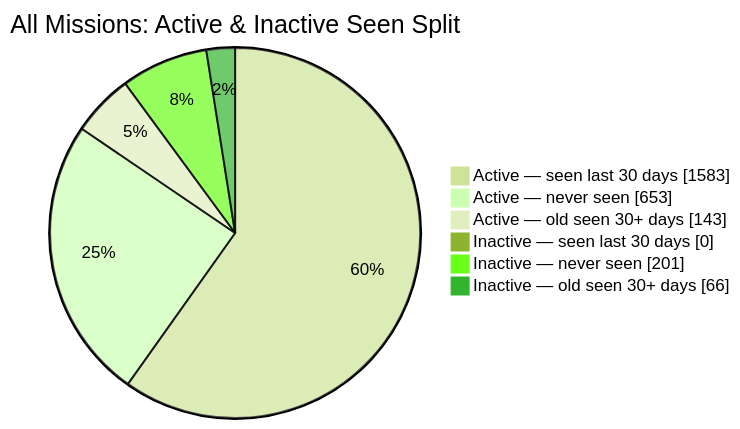
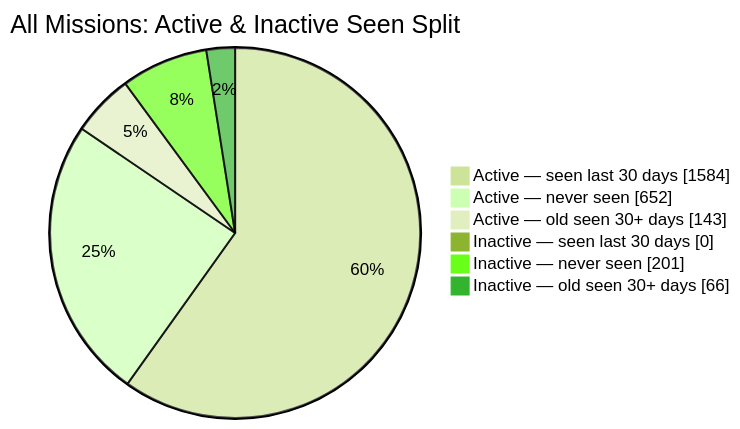
Before and after one commit to MeldkamerspelGameTeam/active-missions: the second of 2 diagrams in README.md, drawn with Mermaid (forest theme). The commit also changed other lines of this file and 2 other files, not shown here.

````diff
--- a/README.md
+++ b/README.md
@@ -44,10 +44,10 @@
 ```mermaid
 pie showData
     title All Missions: Active & Inactive Seen Split
-    "Active — seen last 30 days" : 1583
-    "Active — never seen" : 653
+    "Active — seen last 30 days" : 1584
+    "Active — never seen" : 652
     "Active — old seen 30+ days" : 143
     "Inactive — seen last 30 days" : 0
     "Inactive — never seen" : 201
     "Inactive — old seen 30+ days" : 66
 ```
````
